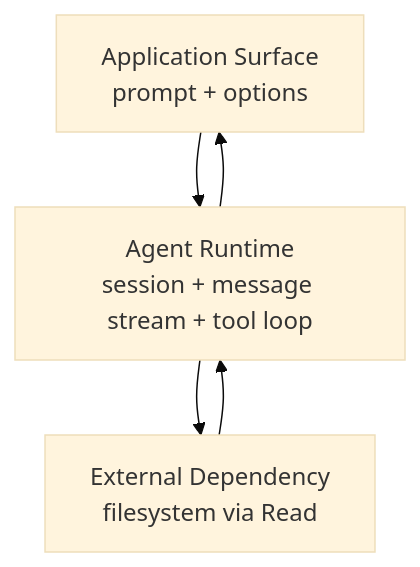
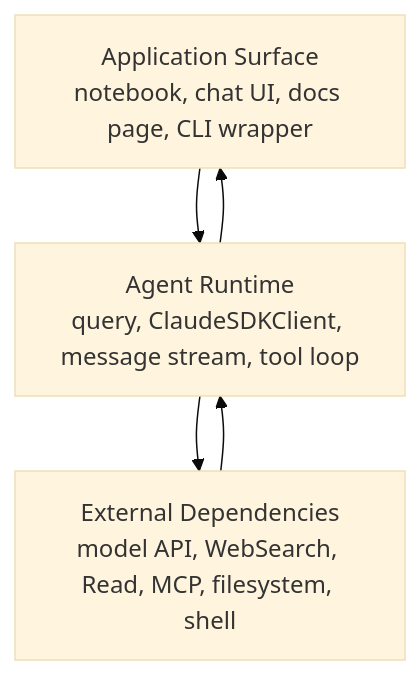
One commit to nfbs2000/speaky-claude-cookbooks changed the diagram in docs/book/part1/ch01.md. Above: the diagram before and after it, drawn with Mermaid (base theme). The commit also changed other lines of this file and 31 other files, not shown here.

````diff
--- a/docs/book/part1/ch01.md
+++ b/docs/book/part1/ch01.md
@@ -116,7 +102,7 @@
 ```mermaid
 flowchart TB
-    A["Application Surface<br/>prompt + options"] --> B["Agent Runtime<br/>session + message stream + tool loop"]
-    B --> C["External Dependency<br/>filesystem via Read"]
+    A["Application Surface<br/>notebook, chat UI, docs page, CLI wrapper"] --> B["Agent Runtime<br/>query, ClaudeSDKClient, message stream, tool loop"]
+    B --> C["External Dependencies<br/>model API, WebSearch, Read, MCP, filesystem, shell"]
     C --> B
     B --> A
 ```
````
